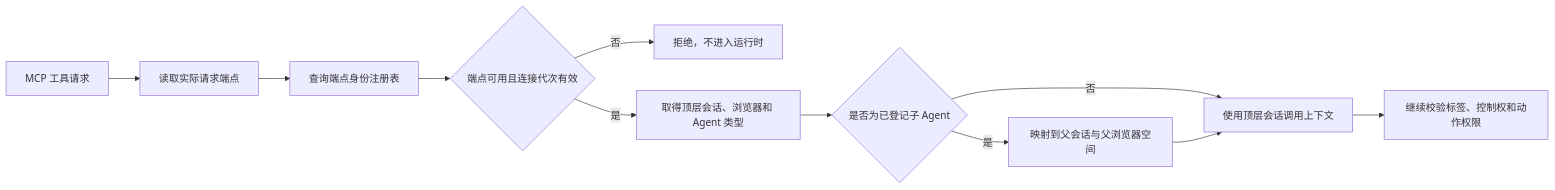
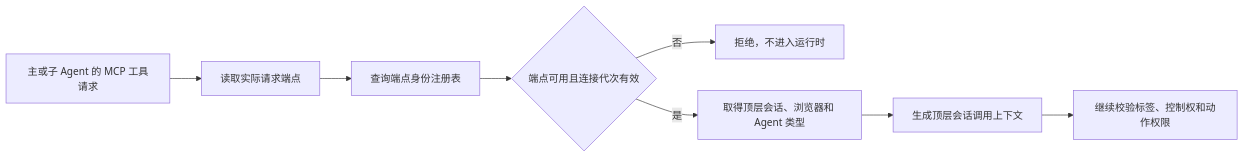
The second of 3 diagrams in desktop/docs/内嵌浏览器/详细设计/04ACP接入可信身份与取消详设.md (pi-ixel/Awesome-Agent-Workflow), drawn with Mermaid before and after one commit. The commit also changed other lines of this file and 185 other files, not shown here.

````diff
--- a/desktop/docs/内嵌浏览器/详细设计/04ACP接入可信身份与取消详设.md
+++ b/desktop/docs/内嵌浏览器/详细设计/04ACP接入可信身份与取消详设.md
@@ -72,13 +79,10 @@
 ```mermaid
 flowchart LR
-  Request["MCP 工具请求"] --> Endpoint["读取实际请求端点"]
+  Request["主或子 Agent 的 MCP 工具请求"] --> Endpoint["读取实际请求端点"]
   Endpoint --> Registry["查询端点身份注册表"]
   Registry --> Active{"端点可用且连接代次有效"}
   Active -->|否| Deny["拒绝，不进入运行时"]
   Active -->|是| Identity["取得顶层会话、浏览器和 Agent 类型"]
-  Identity --> Parent{"是否为已登记子 Agent"}
-  Parent -->|是| ParentMap["映射到父会话与父浏览器空间"]
-  Parent -->|否| Runtime["使用顶层会话调用上下文"]
-  ParentMap --> Runtime
+  Identity --> Runtime["生成顶层会话调用上下文"]
   Runtime --> Validate["继续校验标签、控制权和动作权限"]
 ```
````
